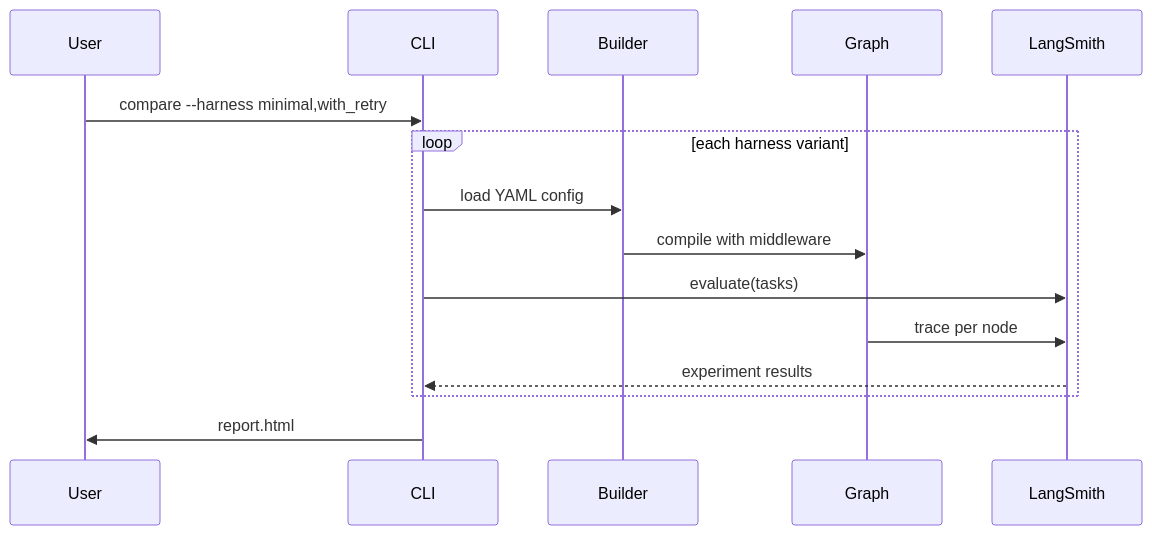
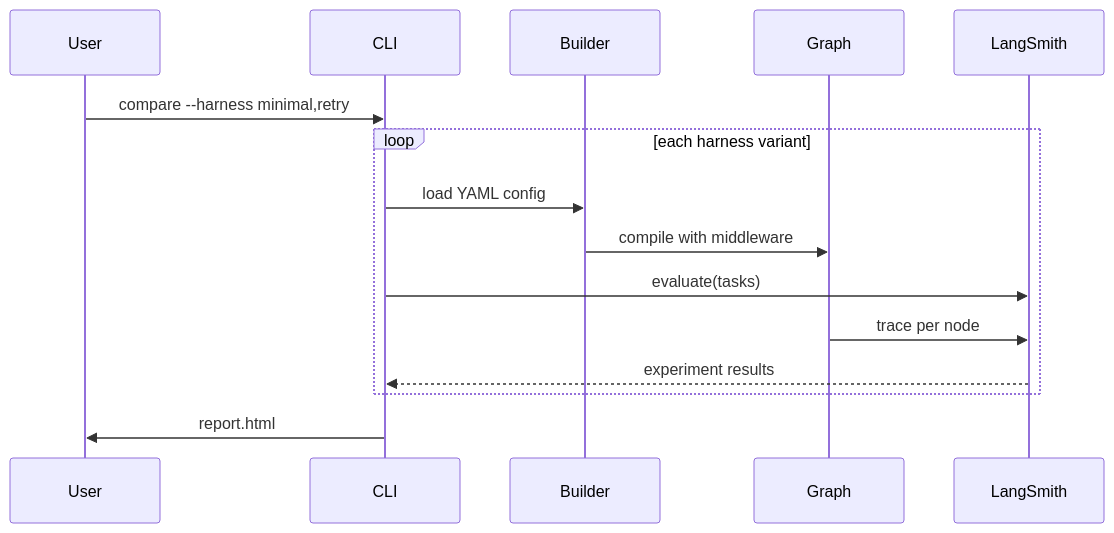
Before and after one commit to HOSH19/HarnessLab: the third of 6 diagrams in README.md, drawn with Mermaid. The commit also changed other lines of this file and 15 other files, not shown here.

First line of the commit message:
Shorten run names and fix harness compare reliability.

````diff
--- a/README.md
+++ b/README.md
@@ -110,18 +110,18 @@
 ```mermaid
 sequenceDiagram
     participant User
     participant CLI
     participant Builder
     participant Graph
     participant LangSmith
 
-    User->>CLI: compare --harness minimal,with_retry
+    User->>CLI: compare --harness minimal,retry
     loop each harness variant
         CLI->>Builder: load YAML config
         Builder->>Graph: compile with middleware
         CLI->>LangSmith: evaluate(tasks)
         Graph->>LangSmith: trace per node
         LangSmith-->>CLI: experiment results
     end
     CLI->>User: report.html
 ```
````
